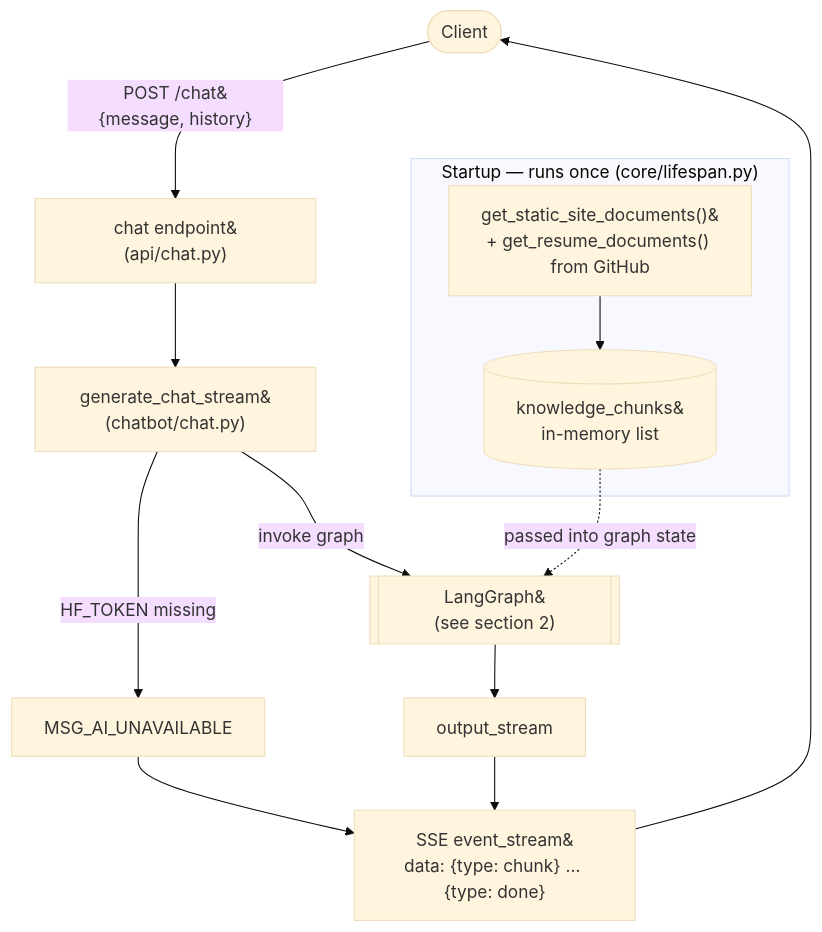
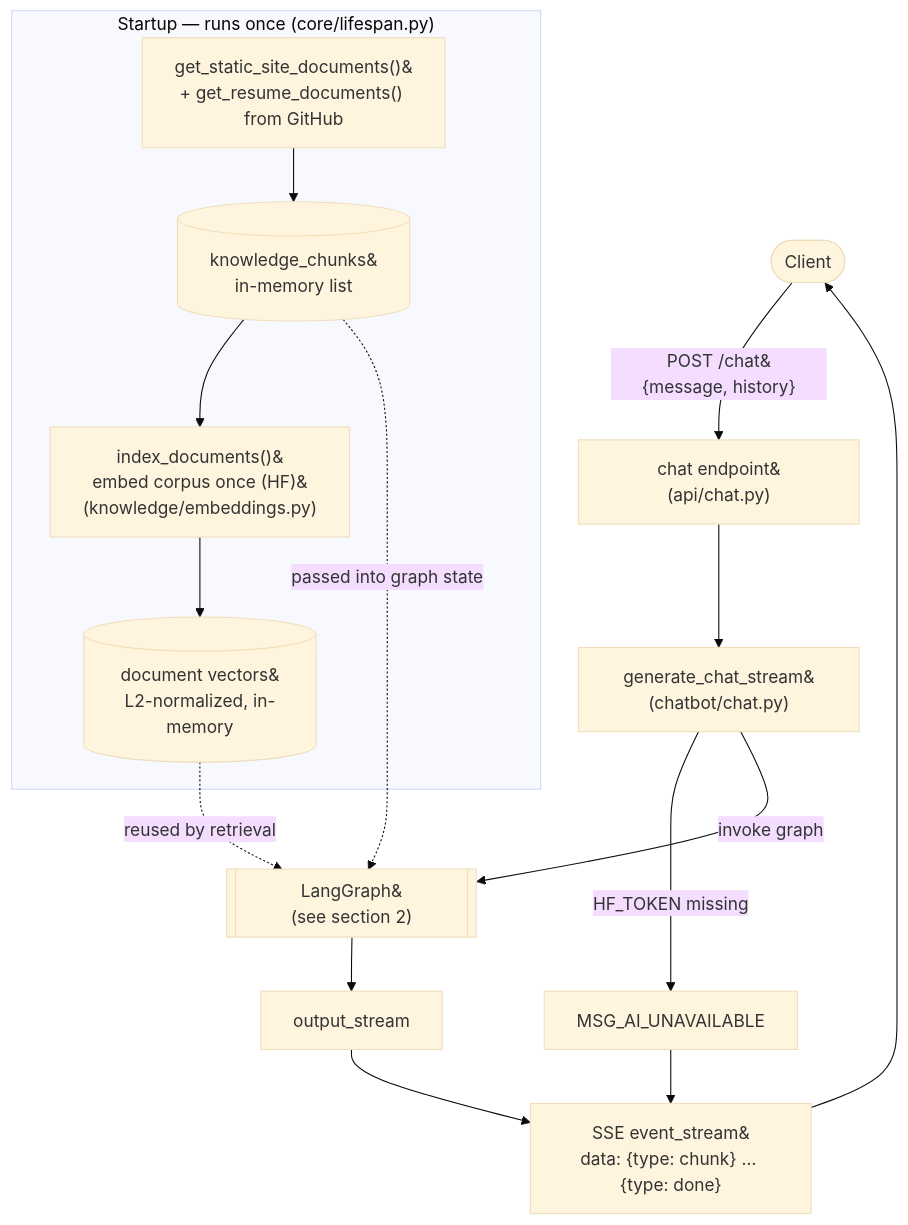
One commit to radcrew/radcrew-unveiled changed the first of 4 diagrams in backend/docs/chatbot-flow.md. Above: the diagram before and after it, drawn with Mermaid (base theme). The commit also changed other lines of this file and 3 other files, not shown here.

````diff
--- a/backend/docs/chatbot-flow.md
+++ b/backend/docs/chatbot-flow.md
@@ -9,16 +9,19 @@
 ```mermaid
 flowchart TD
     U([Client]) -->|"POST /chat&#10;{message, history}"| EP["chat endpoint&#10;(api/chat.py)"]
     EP --> GS["generate_chat_stream&#10;(chatbot/chat.py)"]
     GS -->|"HF_TOKEN missing"| UNAVAIL["MSG_AI_UNAVAILABLE"]
     GS -->|"invoke graph"| GRAPH[["LangGraph&#10;(see section 2)"]]
     GRAPH --> OS["output_stream"]
     UNAVAIL --> SSE
     OS --> SSE["SSE event_stream&#10;data: {type: chunk} … {type: done}"]
     SSE --> U
 
     subgraph startup["Startup — runs once (core/lifespan.py)"]
         LOAD["get_static_site_documents()&#10;+ get_resume_documents() from GitHub"] --> KC[("knowledge_chunks&#10;in-memory list")]
+        KC --> IDX["index_documents()&#10;embed corpus once (HF)&#10;(knowledge/embeddings.py)"]
+        IDX --> VEC[("document vectors&#10;L2-normalized, in-memory")]
     end
     KC -.->|"passed into graph state"| GRAPH
+    VEC -.->|"reused by retrieval"| GRAPH
 ```
````
